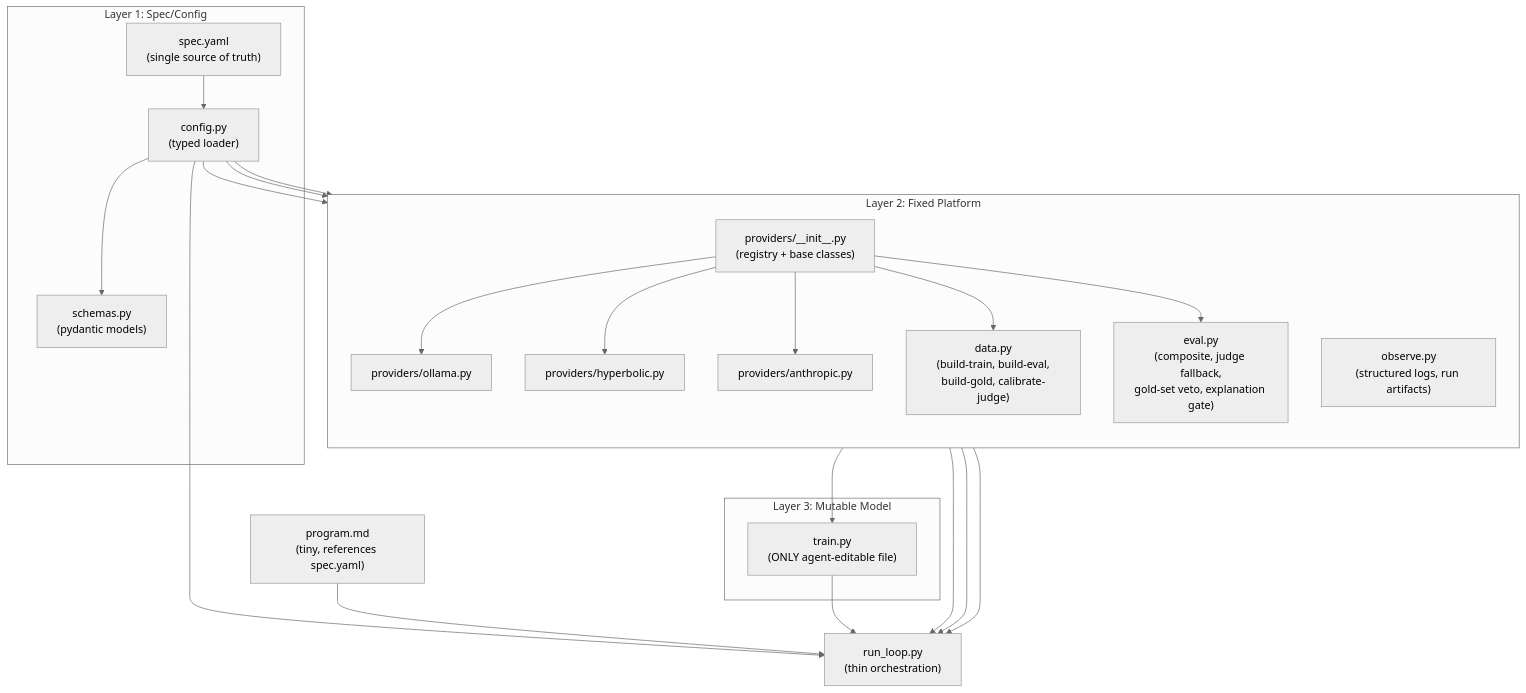
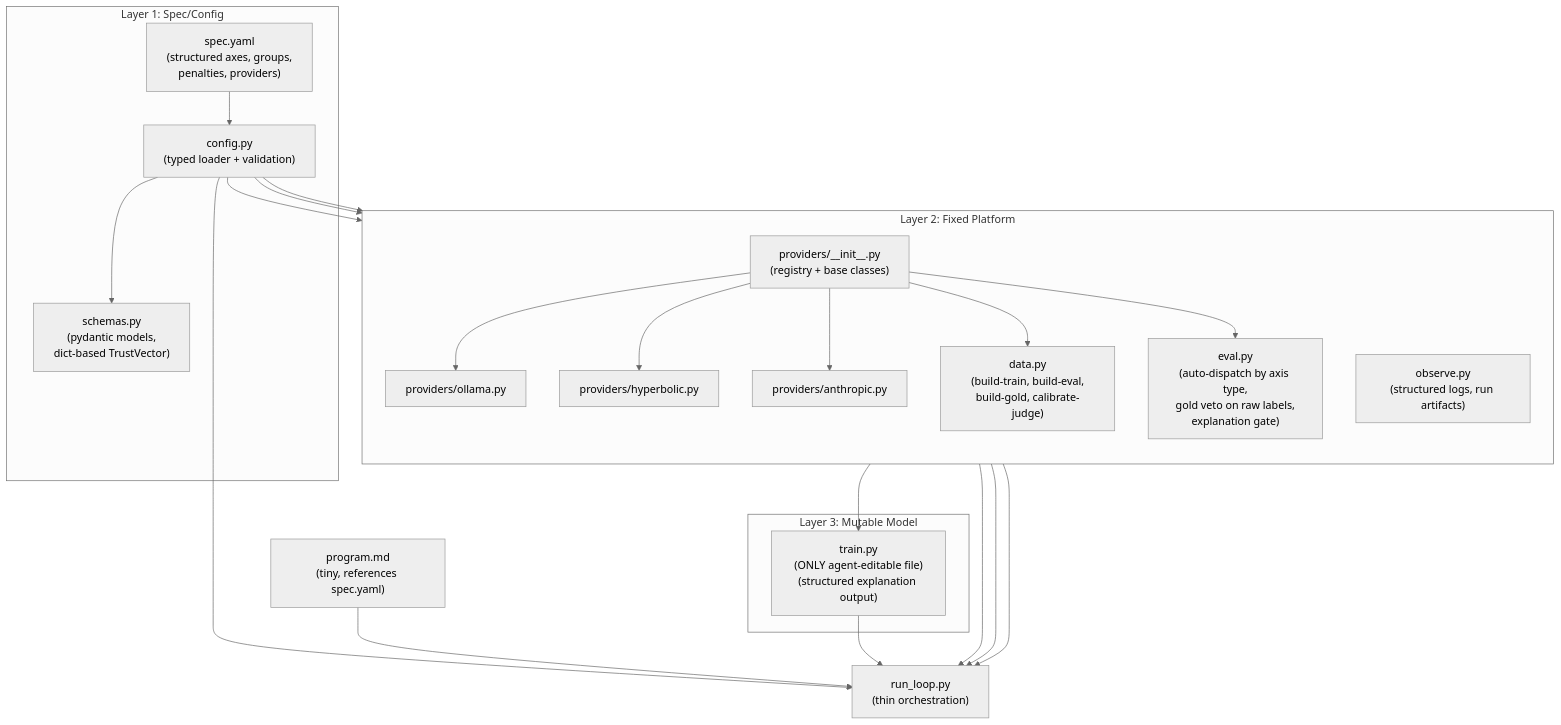
The diagram in CURSOR_PLAN.md (HumanAssisted/masubi), drawn with Mermaid (neutral theme) before and after one commit. The commit also changed other lines of this file, not shown here.

````diff
--- a/CURSOR_PLAN.md
+++ b/CURSOR_PLAN.md
@@ -53,44 +53,44 @@
 ```mermaid
 flowchart TD
     subgraph specLayer [Layer 1: Spec/Config]
-        Spec["spec.yaml\n(single source of truth)"]
-        Config["config.py\n(typed loader)"]
-        Schemas["schemas.py\n(pydantic models)"]
+        Spec["spec.yaml\n(structured axes, groups,\npenalties, providers)"]
+        Config["config.py\n(typed loader + validation)"]
+        Schemas["schemas.py\n(pydantic models,\ndict-based TrustVector)"]
         Spec --> Config
         Config --> Schemas
     end
 
     subgraph platformLayer [Layer 2: Fixed Platform]
         direction TB
         ProvReg["providers/__init__.py\n(registry + base classes)"]
         ProvOllama["providers/ollama.py"]
         ProvHyp["providers/hyperbolic.py"]
         ProvAnth["providers/anthropic.py"]
         Data["data.py\n(build-train, build-eval,\nbuild-gold, calibrate-judge)"]
-        EvalMod["eval.py\n(composite, judge fallback,\ngold-set veto, explanation gate)"]
+        EvalMod["eval.py\n(auto-dispatch by axis type,\ngold veto on raw labels,\nexplanation gate)"]
         Observe["observe.py\n(structured logs, run artifacts)"]
         ProvReg --> ProvOllama
         ProvReg --> ProvHyp
         ProvReg --> ProvAnth
     end
 
     subgraph mutableLayer [Layer 3: Mutable Model]
-        TrainPy["train.py\n(ONLY agent-editable file)"]
+        TrainPy["train.py\n(ONLY agent-editable file)\n(structured explanation output)"]
     end
 
     RunLoop["run_loop.py\n(thin orchestration)"]
     ProgramMD["program.md\n(tiny, references spec.yaml)"]
 
     Config --> ProvReg
     Config --> Data
     Config --> EvalMod
     Config --> RunLoop
     ProvReg --> Data
     ProvReg --> EvalMod
     ProvReg --> TrainPy
     ProvReg --> RunLoop
     EvalMod --> RunLoop
     Observe --> RunLoop
     ProgramMD --> RunLoop
     TrainPy --> RunLoop
 ```
````
